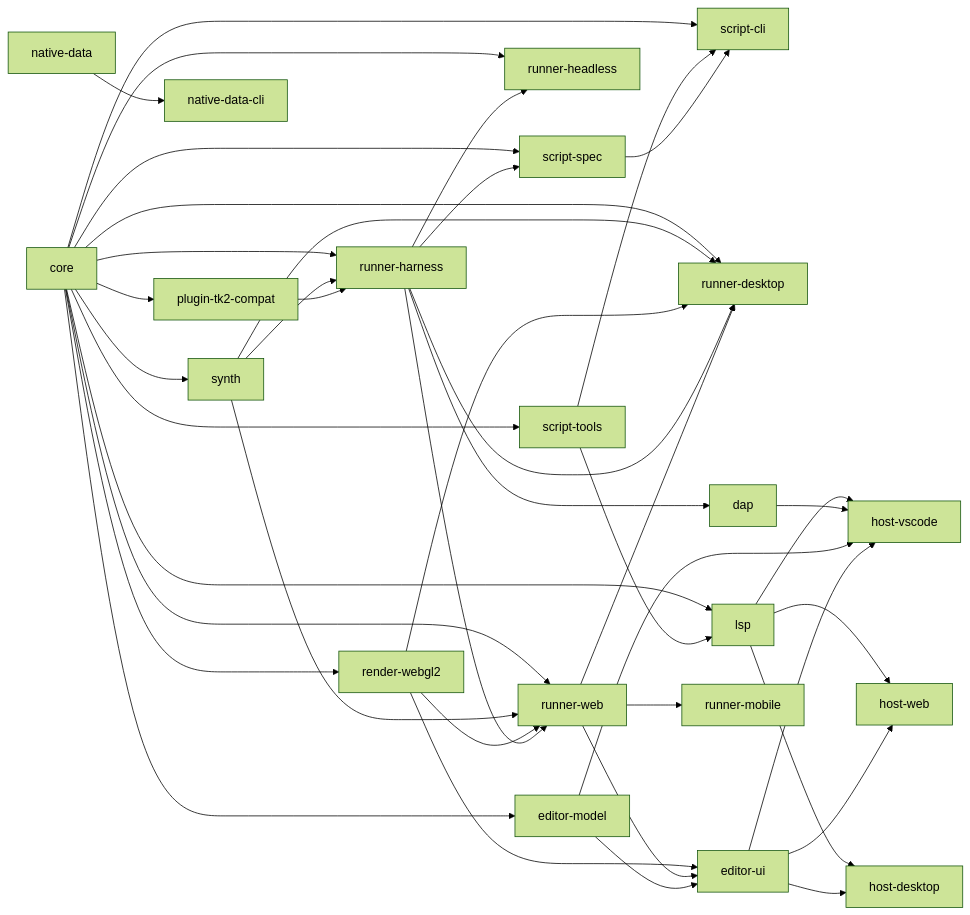
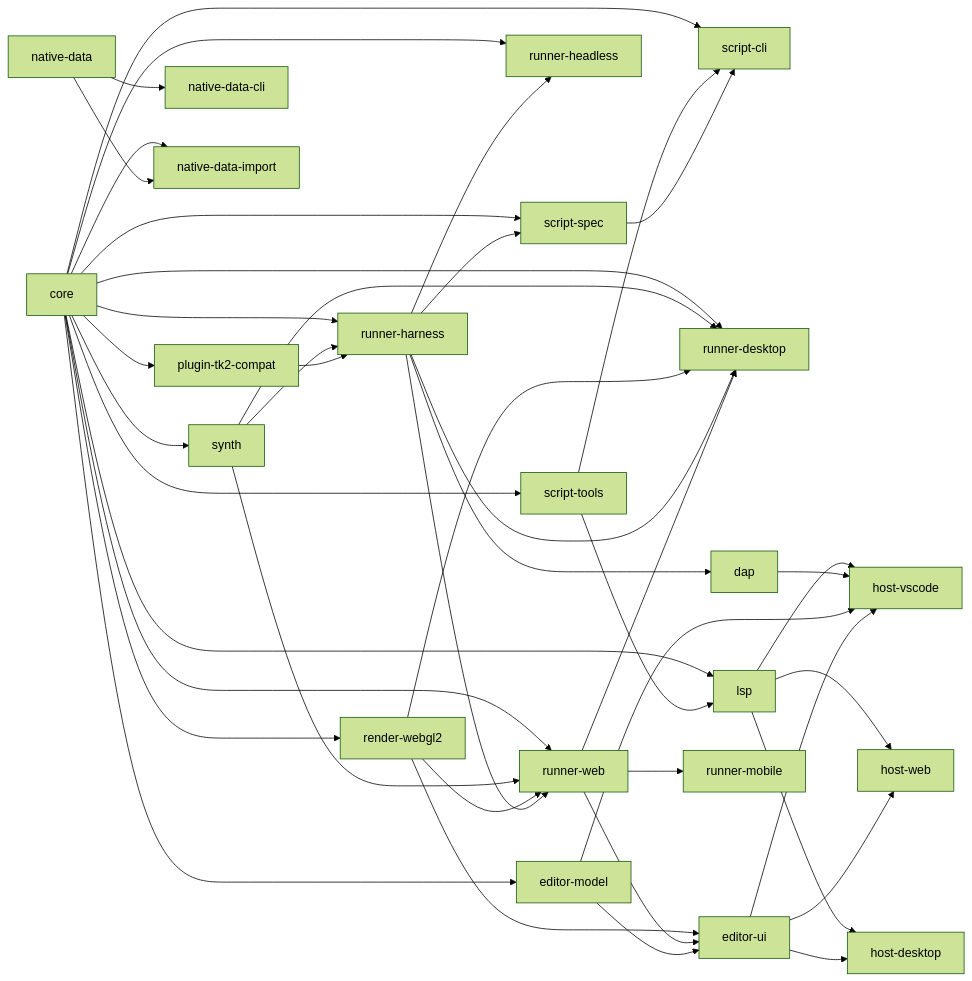
The first of 3 diagrams in _bmad-output/initiative-rpgtoolkit-reawakened/architecture-rpgtoolkit-reawakened/architecture-rpgtoolkit-reawakened.md (IG-ABHINAV/rpgtoolkit-reawakened), drawn with Mermaid (forest theme) before and after one commit. The commit also changed 22 other files, not shown here.

````diff
--- a/_bmad-output/initiative-rpgtoolkit-reawakened/architecture-rpgtoolkit-reawakened/architecture-rpgtoolkit-reawakened.md
+++ b/_bmad-output/initiative-rpgtoolkit-reawakened/architecture-rpgtoolkit-reawakened/architecture-rpgtoolkit-reawakened.md
@@ -41,43 +41,45 @@
 ```mermaid
 graph LR
   core --> scripttools[script-tools]
   core --> scriptcli[script-cli]
   core --> synth
   core --> renderwebgl2[render-webgl2]
   core --> runnerharness[runner-harness]
   core --> runnerheadless[runner-headless]
   core --> runnerweb[runner-web]
   core --> runnerdesktop[runner-desktop]
   core --> lsp
   core --> scriptspec[script-spec]
   core --> editormodel[editor-model]
   core --> plugintk2compat[plugin-tk2-compat]
   scripttools --> lsp
   scripttools --> scriptcli
   scriptspec --> scriptcli
   synth --> runnerharness
   synth --> runnerweb
   synth --> runnerdesktop
   renderwebgl2 --> runnerweb
   renderwebgl2 --> runnerdesktop
   renderwebgl2 --> editorui[editor-ui]
   runnerharness --> runnerheadless
   runnerharness --> runnerweb
   runnerharness --> runnerdesktop
   runnerharness --> scriptspec
   runnerharness --> dap
   runnerweb --> runnerdesktop
   runnerweb --> runnermobile[runner-mobile]
   runnerweb --> editorui
   lsp --> hostvscode[host-vscode]
   lsp --> hostweb[host-web]
   lsp --> hostdesktop[host-desktop]
   dap --> hostvscode
   editormodel --> editorui
   editormodel --> hostvscode
   editorui --> hostvscode
   editorui --> hostweb
   editorui --> hostdesktop
   plugintk2compat --> runnerharness
   nativedata[native-data] --> nativedatacli[native-data-cli]
+  core --> nativedataimport[native-data-import]
+  nativedata --> nativedataimport
 ```
````
